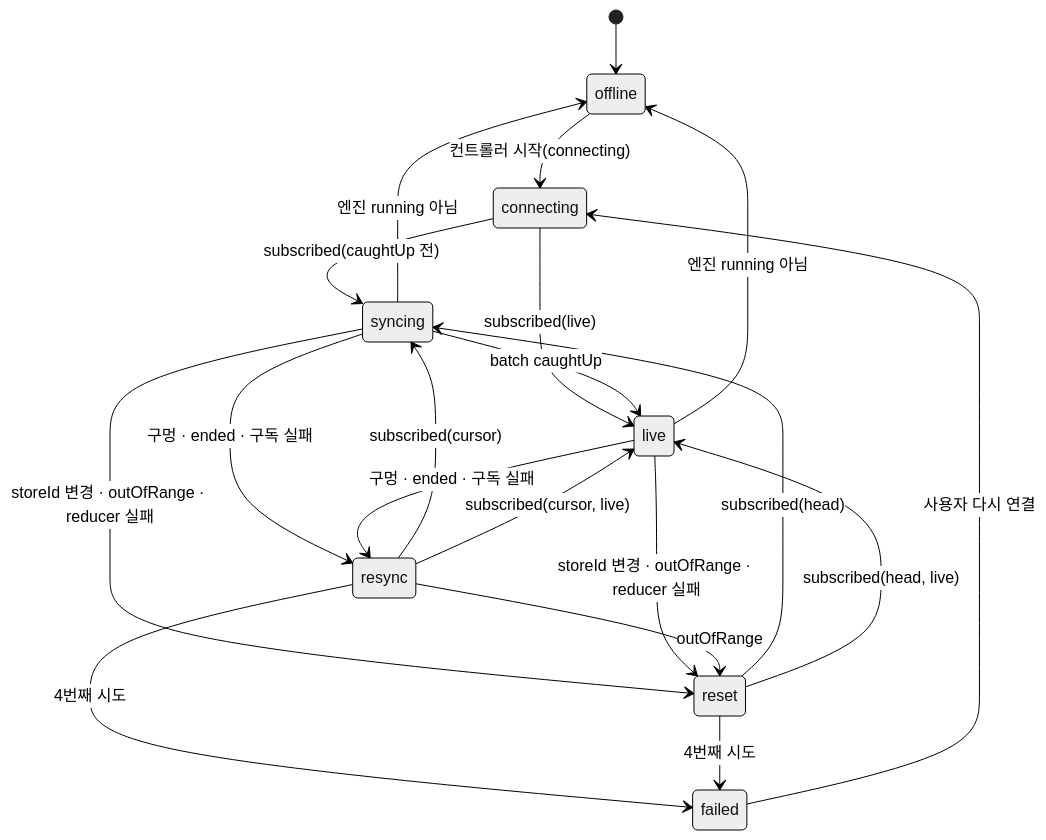
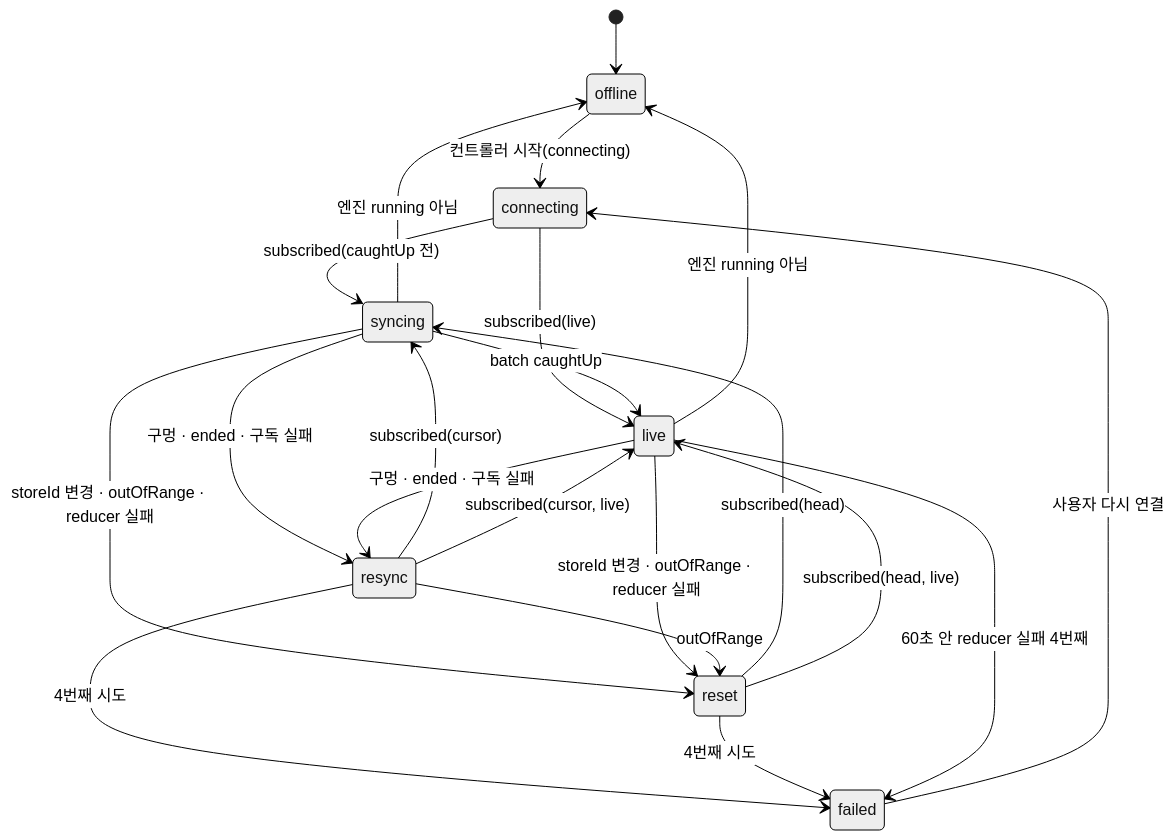
The second of 3 diagrams in docs/xeon/L4/desktop/design.md (Rengod95/Helm-Agent_Docs_OS), drawn with Mermaid (neutral theme) before and after one commit. The commit also changed other lines of this file and 1 other file, not shown here.

````diff
--- a/docs/xeon/L4/desktop/design.md
+++ b/docs/xeon/L4/desktop/design.md
@@ -329,22 +341,23 @@
 ```mermaid
 stateDiagram-v2
   [*] --> offline
   offline --> connecting: 컨트롤러 시작(connecting)
   connecting --> syncing: subscribed(caughtUp 전)
   connecting --> live: subscribed(live)
   syncing --> live: batch caughtUp
   syncing --> resync: 구멍 · ended · 구독 실패
   live --> resync: 구멍 · ended · 구독 실패
   resync --> syncing: subscribed(cursor)
   resync --> live: subscribed(cursor, live)
   syncing --> reset: storeId 변경 · outOfRange · reducer 실패
   live --> reset: storeId 변경 · outOfRange · reducer 실패
   resync --> reset: outOfRange
   reset --> syncing: subscribed(head)
   reset --> live: subscribed(head, live)
   resync --> failed: 4번째 시도
   reset --> failed: 4번째 시도
+  live --> failed: 60초 안 reducer 실패 4번째
   syncing --> offline: 엔진 running 아님
   live --> offline: 엔진 running 아님
   failed --> connecting: 사용자 다시 연결
 ```
````
